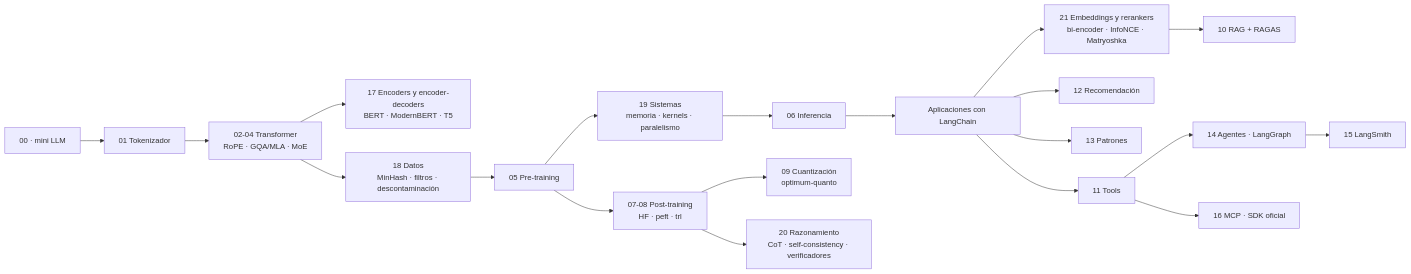
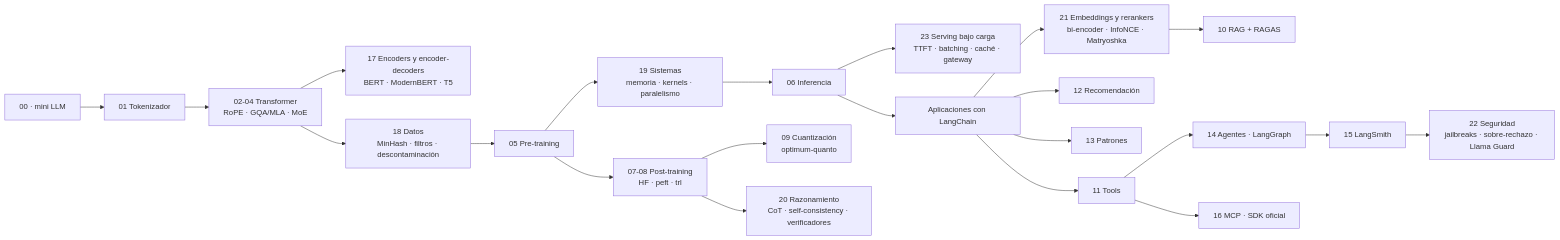
The diagram in docs/es/README.md (ZoodiacR/llm-edu-suite), drawn with Mermaid before and after one commit. The commit also changed other lines of this file and 17 other files, not shown here.

````diff
--- a/docs/es/README.md
+++ b/docs/es/README.md
@@ -46,22 +50,24 @@
 ```mermaid
 flowchart LR
     Z[00 · mini LLM] --> B[01 Tokenizador]
     B --> C[02-04 Transformer<br/>RoPE · GQA/MLA · MoE]
     C --> Q["17 Encoders y encoder-decoders<br/>BERT · ModernBERT · T5"]
     C --> P["18 Datos<br/>MinHash · filtros · descontaminación"]
     P --> D[05 Pre-training]
     D --> S["19 Sistemas<br/>memoria · kernels · paralelismo"]
     S --> E[06 Inferencia]
+    E --> V["23 Serving bajo carga<br/>TTFT · batching · caché · gateway"]
     D --> F["07-08 Post-training<br/>HF · peft · trl"]
     F --> G["09 Cuantización<br/>optimum-quanto"]
     F --> R["20 Razonamiento<br/>CoT · self-consistency · verificadores"]
     E --> H[Aplicaciones con LangChain]
     H --> T["21 Embeddings y rerankers<br/>bi-encoder · InfoNCE · Matryoshka"]
     T --> I["10 RAG + RAGAS"]
     H --> K[12 Recomendación]
     H --> L[13 Patrones]
     H --> J[11 Tools]
     J --> M["14 Agentes · LangGraph"]
     J --> N["16 MCP · SDK oficial"]
     M --> O["15 LangSmith"]
+    O --> U["22 Seguridad<br/>jailbreaks · sobre-rechazo · Llama Guard"]
 ```
````
